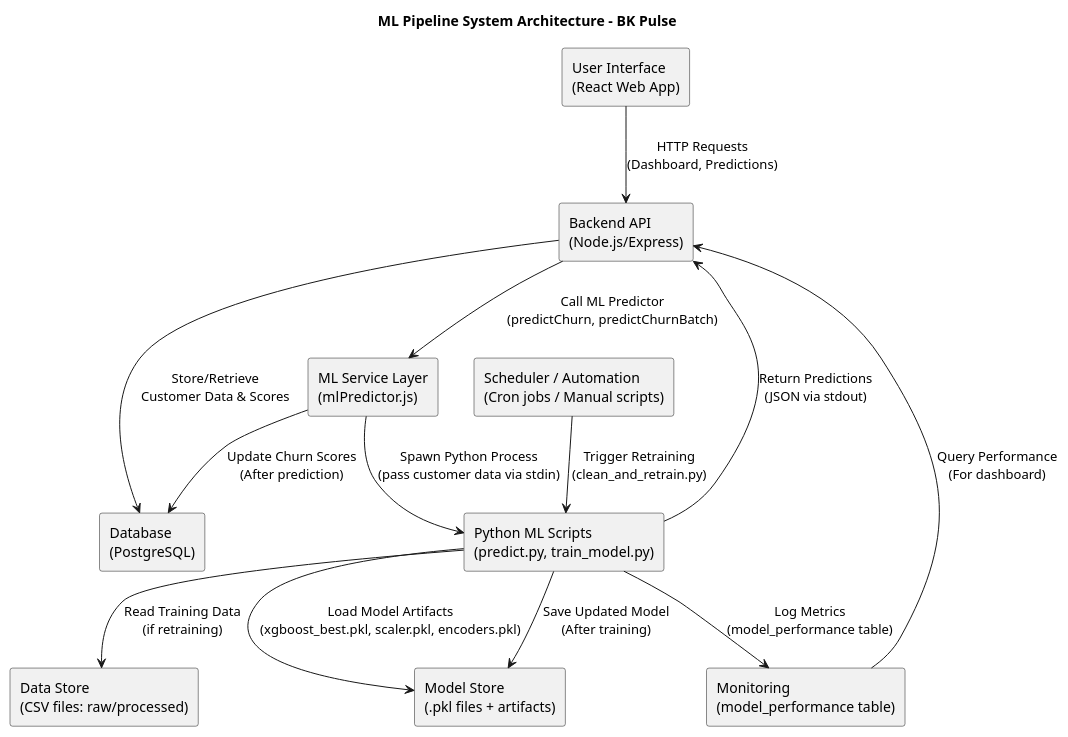
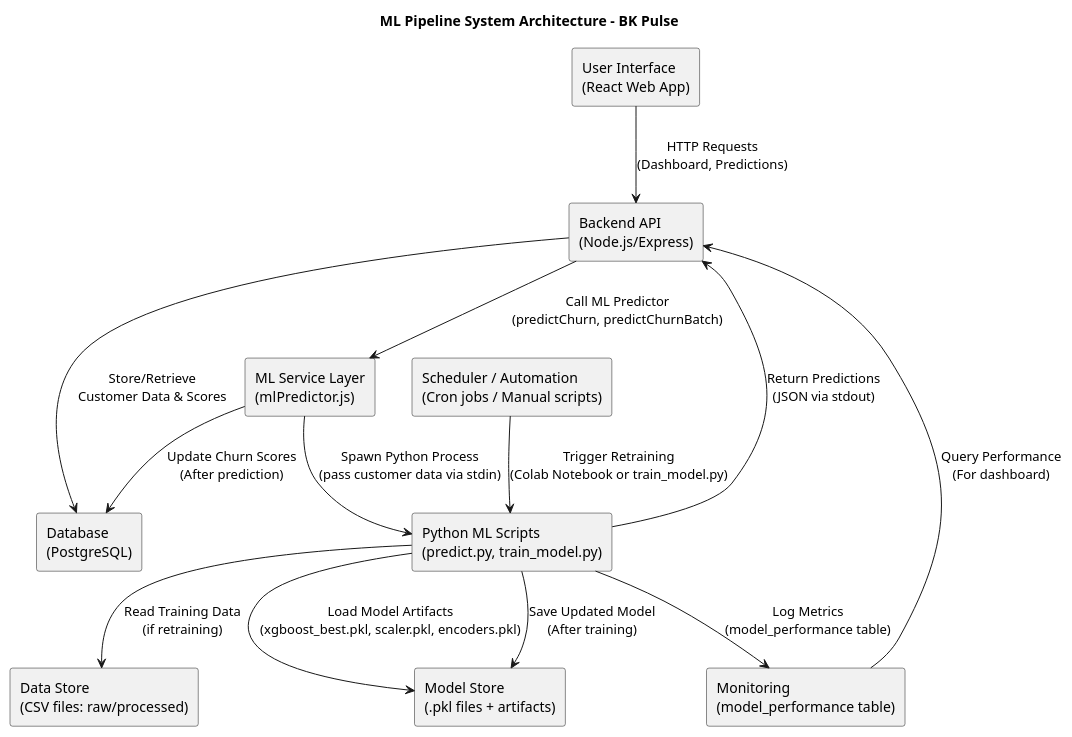
One commit to shyakx/BK-Pulse-v1 changed the diagram in ml/ML_Pipeline_Architecture.puml. Above: the diagram before and after it, drawn with PlantUML. The commit also changed 54 other files, not shown here.

```diff
--- a/ml/ML_Pipeline_Architecture.puml
+++ b/ml/ML_Pipeline_Architecture.puml
@@ -1,47 +1,47 @@
 @startuml
 
 title ML Pipeline System Architecture - BK Pulse
 
 rectangle "User Interface\n(React Web App)" as UI
 
 rectangle "Backend API\n(Node.js/Express)" as API
 
 rectangle "ML Service Layer\n(mlPredictor.js)" as ML
 
 rectangle "Python ML Scripts\n(predict.py, train_model.py)" as PYTHON
 
 rectangle "Model Store\n(.pkl files + artifacts)" as MODEL
 
 rectangle "Database\n(PostgreSQL)" as DB
 
 rectangle "Data Store\n(CSV files: raw/processed)" as DATA
 
 rectangle "Monitoring\n(model_performance table)" as MON
 
 rectangle "Scheduler / Automation\n(Cron jobs / Manual scripts)" as SCHED
 
 UI --> API : HTTP Requests\n(Dashboard, Predictions)
 
 API --> ML : Call ML Predictor\n(predictChurn, predictChurnBatch)
 
 ML --> PYTHON : Spawn Python Process\n(pass customer data via stdin)
 
 PYTHON --> MODEL : Load Model Artifacts\n(xgboost_best.pkl, scaler.pkl, encoders.pkl)
 
 PYTHON --> DATA : Read Training Data\n(if retraining)
 
 PYTHON --> API : Return Predictions\n(JSON via stdout)
 
 API --> DB : Store/Retrieve\nCustomer Data & Scores
 
 ML --> DB : Update Churn Scores\n(After prediction)
 
-SCHED --> PYTHON : Trigger Retraining\n(clean_and_retrain.py)
+SCHED --> PYTHON : Trigger Retraining\n(Colab Notebook or train_model.py)
 
 PYTHON --> MODEL : Save Updated Model\n(After training)
 
 PYTHON --> MON : Log Metrics\n(model_performance table)
 
 MON --> API : Query Performance\n(For dashboard)
 
 @enduml
```
